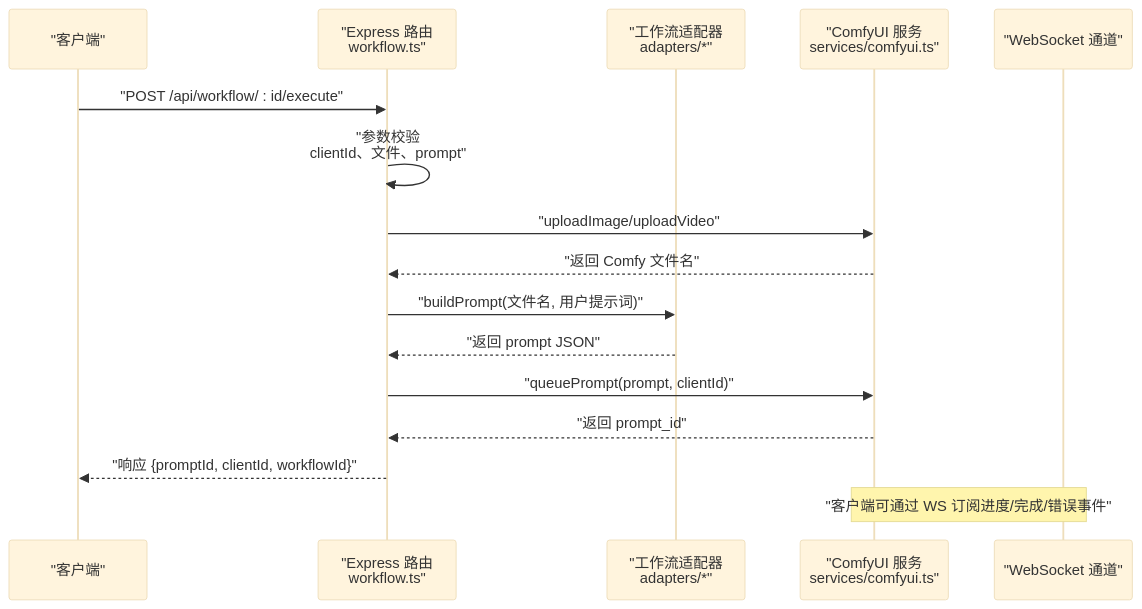
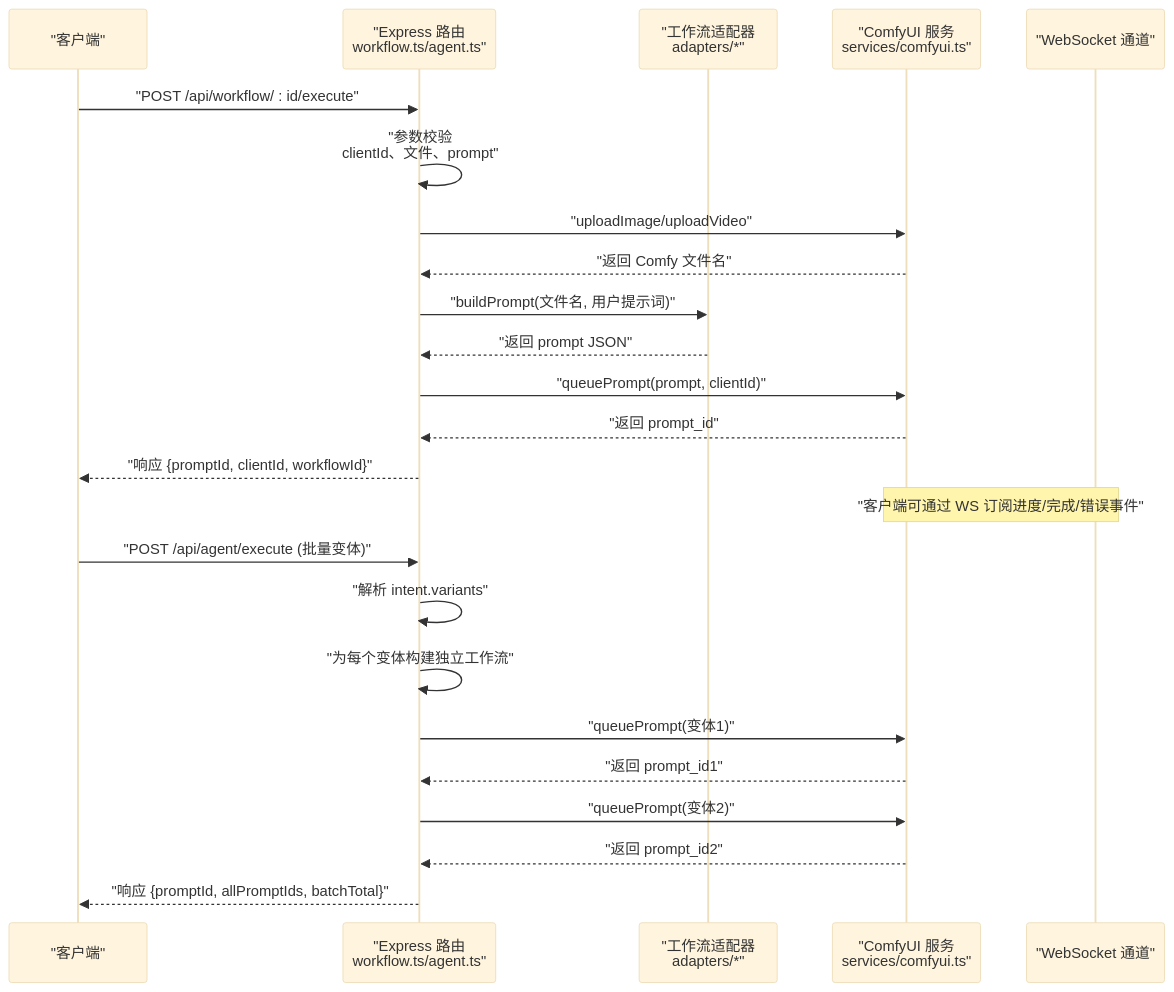
One commit to billye220670/CorineKit_Pix2Real changed the second of 11 diagrams in .qoder/repowiki/zh/content/后端服务/工作流路由.md. Above: the diagram before and after it, drawn with Mermaid (base theme). The commit also changed other lines of this file and 20 other files, not shown here.

````diff
--- a/.qoder/repowiki/zh/content/后端服务/工作流路由.md
+++ b/.qoder/repowiki/zh/content/后端服务/工作流路由.md
@@ -145,18 +170,26 @@
 ```mermaid
 sequenceDiagram
 participant Client as "客户端"
-participant Router as "Express 路由<br/>workflow.ts"
+participant Router as "Express 路由<br/>workflow.ts/agent.ts"
 participant Adapter as "工作流适配器<br/>adapters/*"
 participant CUI as "ComfyUI 服务<br/>services/comfyui.ts"
 participant WS as "WebSocket 通道"
 Client->>Router : "POST /api/workflow/ : id/execute"
 Router->>Router : "参数校验<br/>clientId、文件、prompt"
 Router->>CUI : "uploadImage/uploadVideo"
 CUI-->>Router : "返回 Comfy 文件名"
 Router->>Adapter : "buildPrompt(文件名, 用户提示词)"
 Adapter-->>Router : "返回 prompt JSON"
 Router->>CUI : "queuePrompt(prompt, clientId)"
 CUI-->>Router : "返回 prompt_id"
 Router-->>Client : "响应 {promptId, clientId, workflowId}"
 Note over WS,CUI : "客户端可通过 WS 订阅进度/完成/错误事件"
+Client->>Router : "POST /api/agent/execute (批量变体)"
+Router->>Router : "解析 intent.variants"
+Router->>Router : "为每个变体构建独立工作流"
+Router->>CUI : "queuePrompt(变体1)"
+CUI-->>Router : "返回 prompt_id1"
+Router->>CUI : "queuePrompt(变体2)"
+CUI-->>Router : "返回 prompt_id2"
+Router-->>Client : "响应 {promptId, allPromptIds, batchTotal}"
 ```
````
